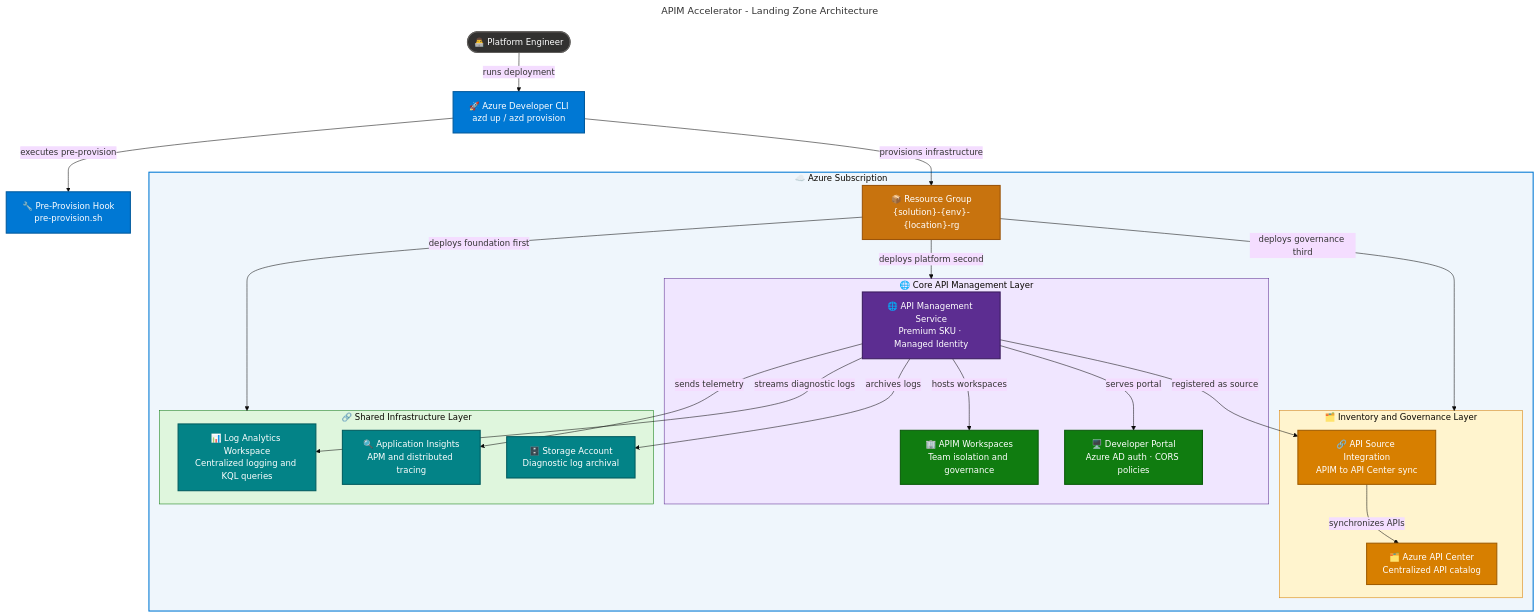
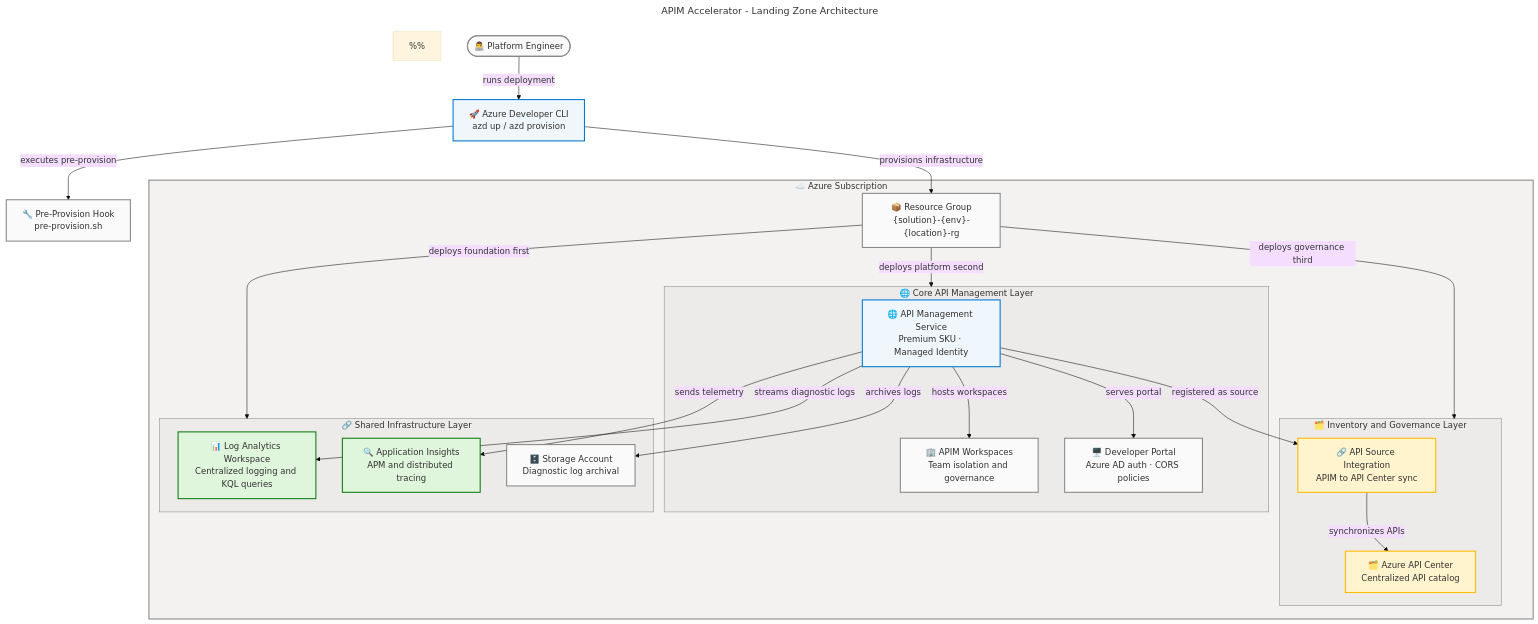
The diagram in README.md (Evilazaro/APIM-Accelerator), drawn with Mermaid before and after one commit.

Commit message:
Enhance flowchart in README.md with detailed descriptions and semantic class definitions for improved accessibility and clarity

````diff
--- a/README.md
+++ b/README.md
@@ -324,75 +324,82 @@
 ```mermaid
 ---
 title: "APIM Accelerator - Landing Zone Architecture"
 config:
   theme: base
   look: classic
   layout: dagre
+  themeVariables:
+    fontSize: '16px'
   flowchart:
     htmlLabels: true
 ---
 flowchart TB
     accTitle: APIM Accelerator Landing Zone Architecture
-    accDescr: Modular Azure API Management landing zone with shared monitoring, core APIM platform, and API Center inventory management deployed via the Azure Developer CLI
+    accDescr: Modular Azure API Management landing zone showing deployment flow from Platform Engineer through Azure Developer CLI to Azure subscription resources across three infrastructure layers. Dev=neutral, AzdCLI=core, PreHook=neutral, RG=neutral, LAW=success, AppIns=success, Storage=neutral, APIM=core, Workspaces=neutral, DevPortal=neutral, APICenter=warning, APISource=warning. WCAG AA compliant.
+
+    %%
+    %% AZURE / FLUENT ARCHITECTURE PATTERN v2.0
+    %% (Semantic + Structural + Font + Accessibility Governance)
+    %%
+    %% PHASE 1 - FLUENT UI: All styling uses approved Fluent UI palette only
+    %% PHASE 2 - GROUPS: Every subgraph has semantic color via style directive
+    %% PHASE 3 - COMPONENTS: Every node has semantic classDef + icon prefix
+    %% PHASE 4 - ACCESSIBILITY: accTitle/accDescr present, WCAG AA contrast
+    %% PHASE 5 - STANDARD: Governance block present, classDefs centralized
+    %%
 
     Dev(["👨‍💻 Platform Engineer"])
     AzdCLI["🚀 Azure Developer CLI\nazd up / azd provision"]
     PreHook["🔧 Pre-Provision Hook\npre-provision.sh"]
 
-    subgraph AzSub["☁️ Azure Subscription"]
+    subgraph AzSub ["☁️ Azure Subscription"]
         RG["📦 Resource Group\n{solution}-{env}-{location}-rg"]
 
-        subgraph SharedLayer["🔗 Shared Infrastructure Layer"]
+        subgraph SharedLayer ["🔗 Shared Infrastructure Layer"]
             LAW["📊 Log Analytics Workspace\nCentralized logging and KQL queries"]
             AppIns["🔍 Application Insights\nAPM and distributed tracing"]
             Storage["🗄️ Storage Account\nDiagnostic log archival"]
         end
 
-        subgraph CoreLayer["🌐 Core API Management Layer"]
+        subgraph CoreLayer ["🌐 Core API Management Layer"]
             APIM["🌐 API Management Service\nPremium SKU · Managed Identity"]
             Workspaces["🏢 APIM Workspaces\nTeam isolation and governance"]
             DevPortal["🖥️ Developer Portal\nAzure AD auth · CORS policies"]
         end
 
-        subgraph InventoryLayer["🗂️ Inventory and Governance Layer"]
+        subgraph InventoryLayer ["🗂️ Inventory and Governance Layer"]
             APICenter["🗂️ Azure API Center\nCentralized API catalog"]
             APISource["🔗 API Source Integration\nAPIM to API Center sync"]
         end
     end
 
     Dev -- "runs deployment" --> AzdCLI
     AzdCLI -- "executes pre-provision" --> PreHook
     AzdCLI -- "provisions infrastructure" --> RG
     RG -- "deploys foundation first" --> SharedLayer
     RG -- "deploys platform second" --> CoreLayer
     RG -- "deploys governance third" --> InventoryLayer
     APIM -- "sends telemetry" --> AppIns
     APIM -- "streams diagnostic logs" --> LAW
     APIM -- "archives logs" --> Storage
     APIM -- "hosts workspaces" --> Workspaces
     APIM -- "serves portal" --> DevPortal
     APIM -- "registered as source" --> APISource
     APISource -- "synchronizes APIs" --> APICenter
 
-    classDef userNode fill:#323130,stroke:#605E5C,stroke-width:2px,color:#FFFFFF
-    classDef toolNode fill:#0078D4,stroke:#005A9E,stroke-width:2px,color:#FFFFFF
-    classDef processNode fill:#107C10,stroke:#0B5C0B,stroke-width:2px,color:#FFFFFF
-    classDef dataNode fill:#038387,stroke:#025C5F,stroke-width:2px,color:#FFFFFF
-    classDef platformNode fill:#5C2D91,stroke:#3B1D5E,stroke-width:2px,color:#FFFFFF
-    classDef governanceNode fill:#D77F00,stroke:#A05C00,stroke-width:2px,color:#FFFFFF
-    classDef infraNode fill:#C8730E,stroke:#9B540A,stroke-width:2px,color:#FFFFFF
+    %% Centralized semantic classDefs (AZURE/FLUENT v1.1)
     classDef neutral fill:#FAFAFA,stroke:#8A8886,stroke-width:2px,color:#323130
+    classDef core fill:#EFF6FC,stroke:#0078D4,stroke-width:2px,color:#323130
+    classDef success fill:#DFF6DD,stroke:#107C10,stroke-width:2px,color:#323130
+    classDef warning fill:#FFF4CE,stroke:#FFB900,stroke-width:2px,color:#323130
 
-    class Dev userNode
-    class AzdCLI,PreHook toolNode
-    class APIM platformNode
-    class Workspaces,DevPortal processNode
-    class LAW,AppIns,Storage dataNode
-    class APICenter,APISource governanceNode
-    class RG infraNode
+    class Dev,PreHook,RG,Workspaces,DevPortal,Storage neutral
+    class AzdCLI,APIM core
+    class LAW,AppIns success
+    class APICenter,APISource warning
 
-    style AzSub fill:#EFF6FC,stroke:#0078D4,stroke-width:2px
-    style SharedLayer fill:#DFF6DD,stroke:#107C10,stroke-width:1px
-    style CoreLayer fill:#F0E6FF,stroke:#5C2D91,stroke-width:1px
-    style InventoryLayer fill:#FFF4CE,stroke:#D77F00,stroke-width:1px
+    style AzSub fill:#F3F2F1,stroke:#8A8886,stroke-width:2px,color:#323130
+    style SharedLayer fill:#EDEBE9,stroke:#8A8886,stroke-width:1px,color:#323130
+    style CoreLayer fill:#EDEBE9,stroke:#8A8886,stroke-width:1px,color:#323130
+    style InventoryLayer fill:#EDEBE9,stroke:#8A8886,stroke-width:1px,color:#323130
 ```
````
